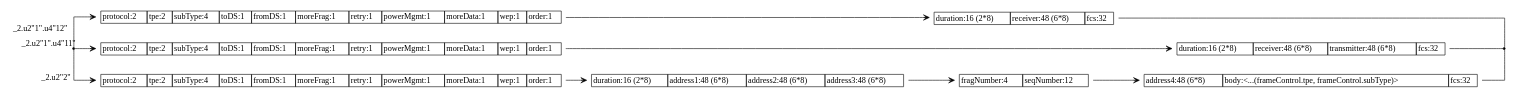
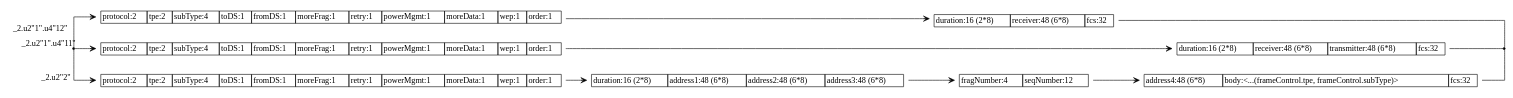
The diagram in src/802_11/predunion/802.11-predunion-spec.dot (sireum/bitcodec-examples), drawn with Graphviz before and after one commit. The commit also changed 15 other files, not shown here.

```diff
--- a/src/802_11/predunion/802.11-predunion-spec.dot
+++ b/src/802_11/predunion/802.11-predunion-spec.dot
@@ -1,61 +1,61 @@
 digraph G {
   rankdir = LR;
   graph [splines=ortho];
   node [shape=plaintext];
   edge [arrowhead=vee];
 
   n0 [shape=point];
   n1 [shape=point];
   n2 [label=<
-    <TABLE BORDER="0" CELLBORDER="1" CELLSPACING="0" TOOLTIP="data" HREF="#">
-      <TR><TD>address4:48 (6*8)</TD><TD>body:&lt;...(frameControl.tpe, frameControl.subType)&gt;</TD><TD>fcs:32</TD></TR>
-    </TABLE>
-  >];
-  n3 [label=<
     <TABLE BORDER="0" CELLBORDER="1" CELLSPACING="0" TOOLTIP="rts" HREF="#">
       <TR><TD>duration:16 (2*8)</TD><TD>receiver:48 (6*8)</TD><TD>transmitter:48 (6*8)</TD><TD>fcs:32</TD></TR>
     </TABLE>
   >];
-  n4 [label=<
+  n3 [label=<
     <TABLE BORDER="0" CELLBORDER="1" CELLSPACING="0" TOOLTIP="cts" HREF="#">
       <TR><TD>duration:16 (2*8)</TD><TD>receiver:48 (6*8)</TD><TD>fcs:32</TD></TR>
+    </TABLE>
+  >];
+  n4 [label=<
+    <TABLE BORDER="0" CELLBORDER="1" CELLSPACING="0" TOOLTIP="data" HREF="#">
+      <TR><TD>address4:48 (6*8)</TD><TD>body:&lt;...(frameControl.tpe, frameControl.subType)&gt;</TD><TD>fcs:32</TD></TR>
     </TABLE>
   >];
   n5 [label=<
     <TABLE BORDER="0" CELLBORDER="1" CELLSPACING="0" TOOLTIP="cts.frameControl" HREF="#">
       <TR><TD>protocol:2</TD><TD>tpe:2</TD><TD>subType:4</TD><TD>toDS:1</TD><TD>fromDS:1</TD><TD>moreFrag:1</TD><TD>retry:1</TD><TD>powerMgmt:1</TD><TD>moreData:1</TD><TD>wep:1</TD><TD>order:1</TD></TR>
     </TABLE>
   >];
   n6 [label=<
     <TABLE BORDER="0" CELLBORDER="1" CELLSPACING="0" TOOLTIP="rts.frameControl" HREF="#">
       <TR><TD>protocol:2</TD><TD>tpe:2</TD><TD>subType:4</TD><TD>toDS:1</TD><TD>fromDS:1</TD><TD>moreFrag:1</TD><TD>retry:1</TD><TD>powerMgmt:1</TD><TD>moreData:1</TD><TD>wep:1</TD><TD>order:1</TD></TR>
     </TABLE>
   >];
   n7 [label=<
     <TABLE BORDER="0" CELLBORDER="1" CELLSPACING="0" TOOLTIP="data.frameControl" HREF="#">
       <TR><TD>protocol:2</TD><TD>tpe:2</TD><TD>subType:4</TD><TD>toDS:1</TD><TD>fromDS:1</TD><TD>moreFrag:1</TD><TD>retry:1</TD><TD>powerMgmt:1</TD><TD>moreData:1</TD><TD>wep:1</TD><TD>order:1</TD></TR>
     </TABLE>
   >];
   n8 [label=<
     <TABLE BORDER="0" CELLBORDER="1" CELLSPACING="0" TOOLTIP="data" HREF="#">
       <TR><TD>duration:16 (2*8)</TD><TD>address1:48 (6*8)</TD><TD>address2:48 (6*8)</TD><TD>address3:48 (6*8)</TD></TR>
     </TABLE>
   >];
   n9 [label=<
     <TABLE BORDER="0" CELLBORDER="1" CELLSPACING="0" TOOLTIP="data.seqControl" HREF="#">
       <TR><TD>fragNumber:4</TD><TD>seqNumber:12</TD></TR>
     </TABLE>
   >];
 
+  n3 -> n1 [arrowhead=none];
   n4 -> n1 [arrowhead=none];
   n2 -> n1 [arrowhead=none];
-  n3 -> n1 [arrowhead=none];
   n0 -> n5 [xlabel="_2.u2\"1\".u4\"12\""];
-  n5 -> n4;
+  n5 -> n3;
   n0 -> n6 [xlabel="_2.u2\"1\".u4\"11\""];
-  n6 -> n3;
+  n6 -> n2;
   n0 -> n7 [xlabel="_2.u2\"2\""];
   n7 -> n8;
   n8 -> n9;
-  n9 -> n2;
+  n9 -> n4;
 }
```
